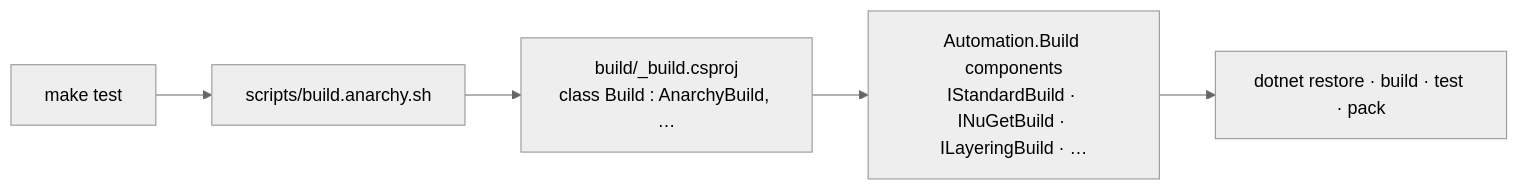
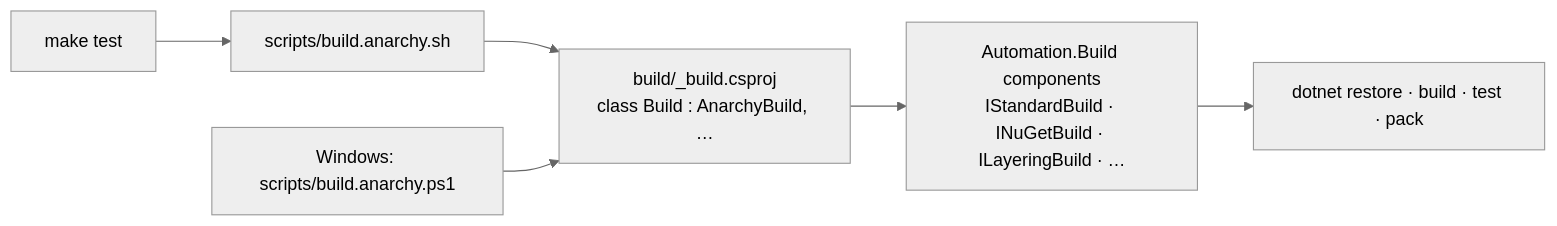
The diagram in docs/portal/getting-started/automation.md (anarchy-io/anarchy-toolkit), drawn with Mermaid (neutral theme) before and after one commit. The commit also changed other lines of this file and 123 other files, not shown here.

````diff
--- a/docs/portal/getting-started/automation.md
+++ b/docs/portal/getting-started/automation.md
@@ -5,6 +5,7 @@
 ```mermaid
 flowchart LR
     Make["make test"] --> Script["scripts/build.anarchy.sh"] --> Host["build/_build.csproj<br/>class Build : AnarchyBuild, …"]
+    Pwsh["Windows: scripts/build.anarchy.ps1"] --> Host
     Host --> Components["Automation.Build components<br/>IStandardBuild · INuGetBuild · ILayeringBuild · …"]
     Components --> Dotnet["dotnet restore · build · test · pack"]
 ```
````
